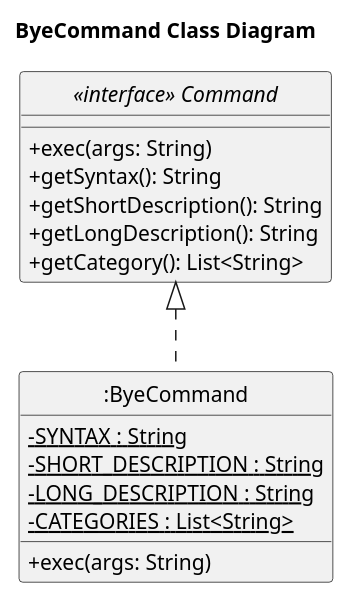
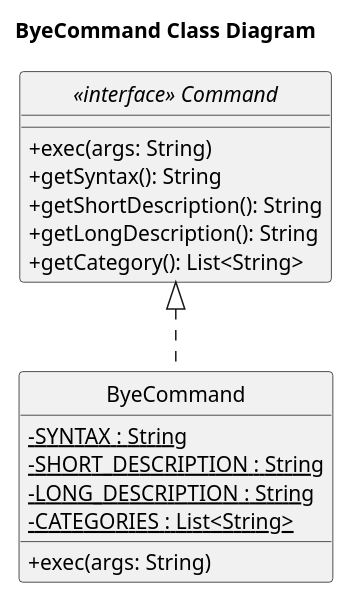
The diagram in docs/uml/ByeCommandClassDiagram.puml (Kevin88866/tp), drawn with PlantUML before and after one commit. The commit also changed 3 other files, not shown here.

Commit message:
Update Class diagrams

```diff
--- a/docs/uml/ByeCommandClassDiagram.puml
+++ b/docs/uml/ByeCommandClassDiagram.puml
@@ -1,26 +1,26 @@
 @startuml
 
 title ByeCommand Class Diagram
 
 skinparam classAttributeIconSize 0
 hide circle
 
 interface "<<interface>> Command" as Command {
     + exec(args: String)
     + getSyntax(): String
     + getShortDescription(): String
     + getLongDescription(): String
     + getCategory(): List<String>
 }
 
-class ":ByeCommand" as Bye {
+class "ByeCommand" as Bye {
     - {static} SYNTAX : String
     - {static} SHORT_DESCRIPTION : String
     - {static} LONG_DESCRIPTION : String
     - {static} CATEGORIES : List<String>
     + exec(args: String)
 }
 
 Command <|.. Bye
 
 @enduml
```
